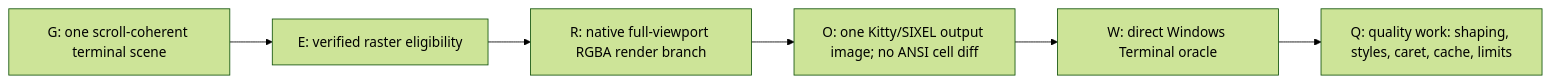
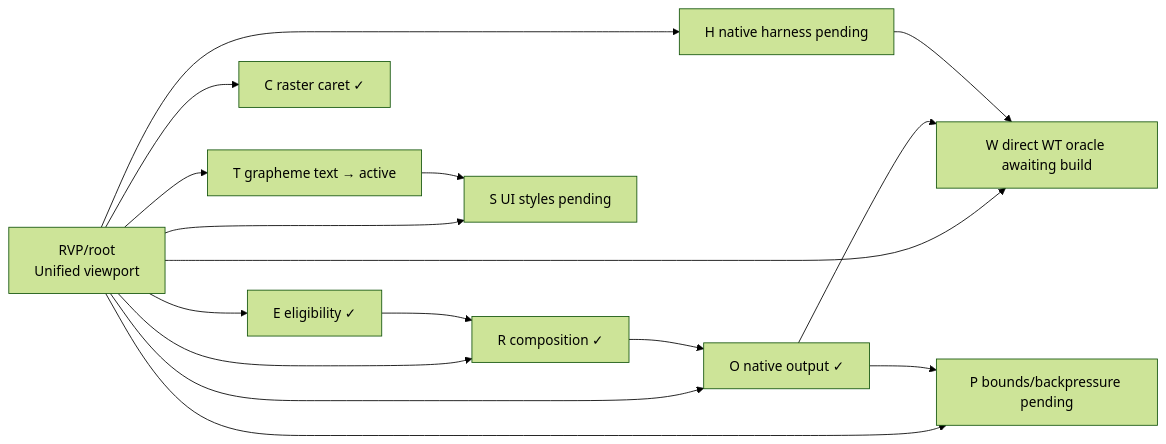
One commit to AlHeloween/opencode changed the first of 2 diagrams in plans/2026-07-29-raster-viewport-renderer.md. Above: the diagram before and after it, drawn with Mermaid (forest theme). The commit also changed other lines of this file and 2 other files, not shown here.

Commit message:
feat(opentui): rasterize grapheme pool text

````diff
--- a/plans/2026-07-29-raster-viewport-renderer.md
+++ b/plans/2026-07-29-raster-viewport-renderer.md
@@ -16,8 +22,16 @@
 ```mermaid
 flowchart LR
-  G["G: one scroll-coherent terminal scene"] --> E["E: verified raster eligibility"]
-  E --> R["R: native full-viewport RGBA render branch"]
-  R --> O["O: one Kitty/SIXEL output image; no ANSI cell diff"]
-  O --> W["W: direct Windows Terminal oracle"]
-  W --> Q["Q: quality work: shaping, styles, caret, cache, limits"]
+  G["RVP/root\nUnified viewport"] --> E["E eligibility ✓"]
+  G --> R["R composition ✓"]
+  G --> O["O native output ✓"]
+  G --> C["C raster caret ✓"]
+  G --> T["T grapheme text → active"]
+  G --> S["S UI styles pending"]
+  G --> W["W direct WT oracle awaiting build"]
+  G --> P["P bounds/backpressure pending"]
+  G --> H["H native harness pending"]
+  E --> R --> O --> W
+  T --> S
+  O --> P
+  H --> W
 ```
````
